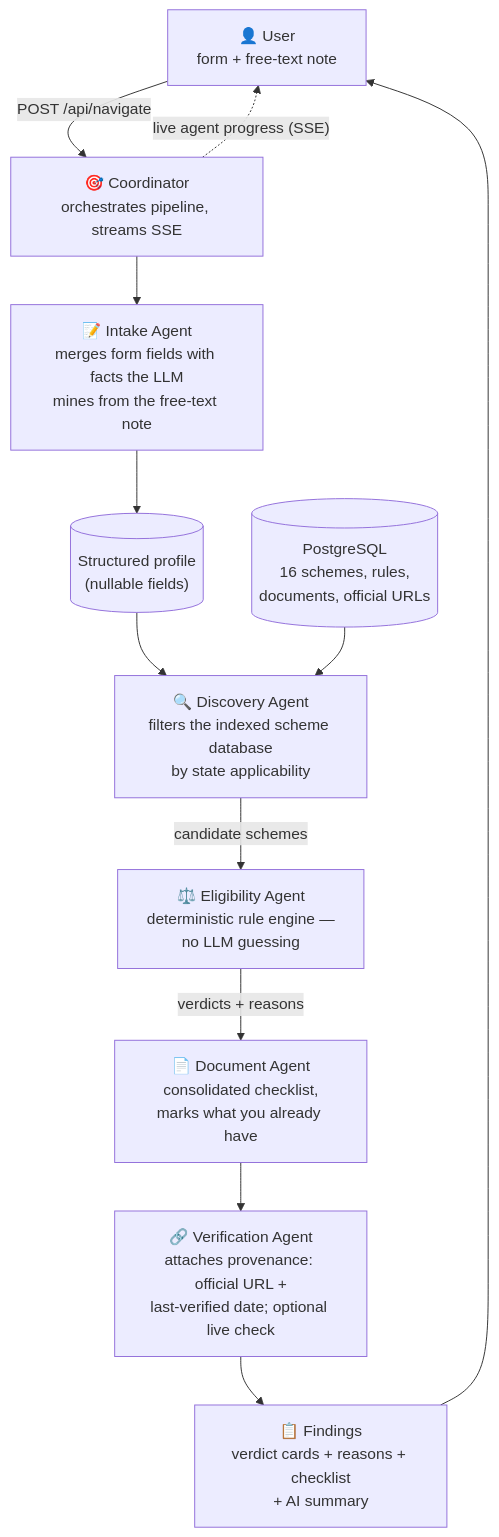
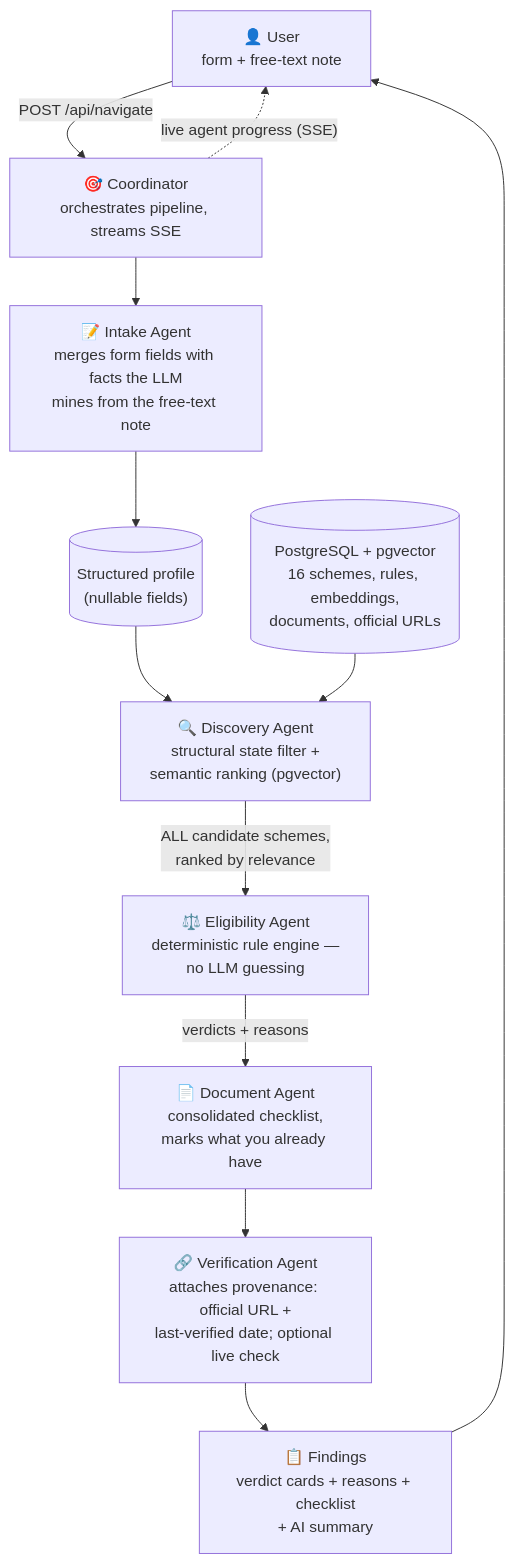
The first of 2 diagrams in README.md (Harshkumar76/AI-Bureaucracy-navigator), drawn with Mermaid before and after one commit. The commit also changed other lines of this file and 29 other files, not shown here.

Commit message:
Add pgvector RAG discovery, evaluation system, and updated README

````diff
--- a/README.md
+++ b/README.md
@@ -15,19 +15,19 @@
 ```mermaid
 flowchart TD
     U["👤 User<br/>form + free-text note"] -->|"POST /api/navigate"| C["🎯 Coordinator<br/>orchestrates pipeline, streams SSE"]
 
     C --> A1["📝 Intake Agent<br/>merges form fields with facts the LLM<br/>mines from the free-text note"]
     A1 --> P[("Structured profile<br/>(nullable fields)")]
 
-    P --> A2["🔍 Discovery Agent<br/>filters the indexed scheme database<br/>by state applicability"]
-    DB[("PostgreSQL<br/>16 schemes, rules,<br/>documents, official URLs")] --> A2
+    P --> A2["🔍 Discovery Agent<br/>structural state filter +<br/>semantic ranking (pgvector)"]
+    DB[("PostgreSQL + pgvector<br/>16 schemes, rules, embeddings,<br/>documents, official URLs")] --> A2
 
-    A2 -->|"candidate schemes"| A3["⚖️ Eligibility Agent<br/>deterministic rule engine —<br/>no LLM guessing"]
+    A2 -->|"ALL candidate schemes,<br/>ranked by relevance"| A3["⚖️ Eligibility Agent<br/>deterministic rule engine —<br/>no LLM guessing"]
     A3 -->|"verdicts + reasons"| A4["📄 Document Agent<br/>consolidated checklist,<br/>marks what you already have"]
     A4 --> A5["🔗 Verification Agent<br/>attaches provenance: official URL +<br/>last-verified date; optional live check"]
 
     A5 --> F["📋 Findings<br/>verdict cards + reasons + checklist<br/>+ AI summary"]
     F --> U
 
     C -.->|"live agent progress (SSE)"| U
 ```
````
